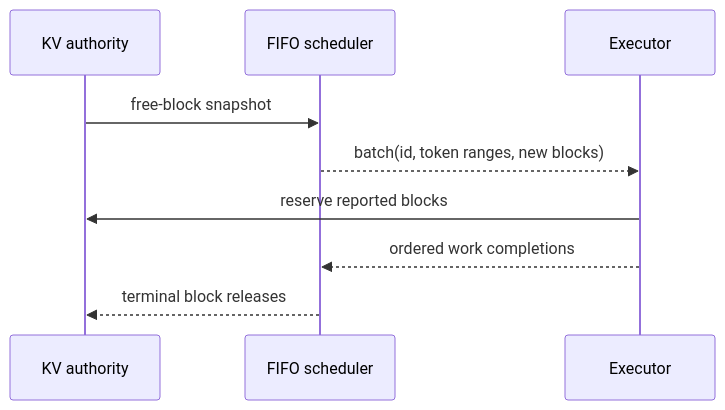
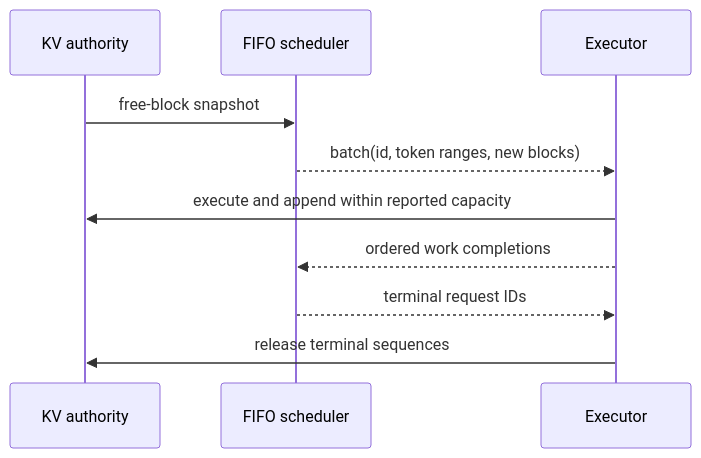
Before and after one commit to parthpandya5/helix-runtime: the ninth of 12 diagrams in docs/ARCHITECTURE.md, drawn with Mermaid. The commit also changed other lines of this file and 10 other files, not shown here.

````diff
--- a/docs/ARCHITECTURE.md
+++ b/docs/ARCHITECTURE.md
@@ -427,11 +436,12 @@
 ```mermaid
 sequenceDiagram
     participant KV as KV authority
     participant S as FIFO scheduler
     participant E as Executor
     KV->>S: free-block snapshot
     S-->>E: batch(id, token ranges, new blocks)
-    E->>KV: reserve reported blocks
+    E->>KV: execute and append within reported capacity
     E-->>S: ordered work completions
-    S-->>KV: terminal block releases
+    S-->>E: terminal request IDs
+    E->>KV: release terminal sequences
 ```
````
